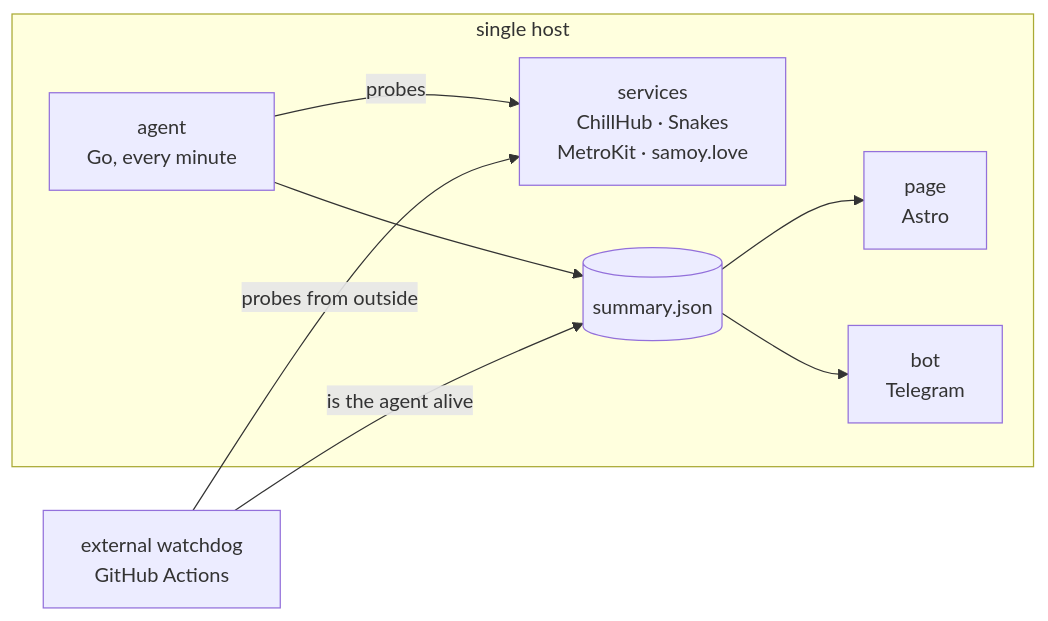
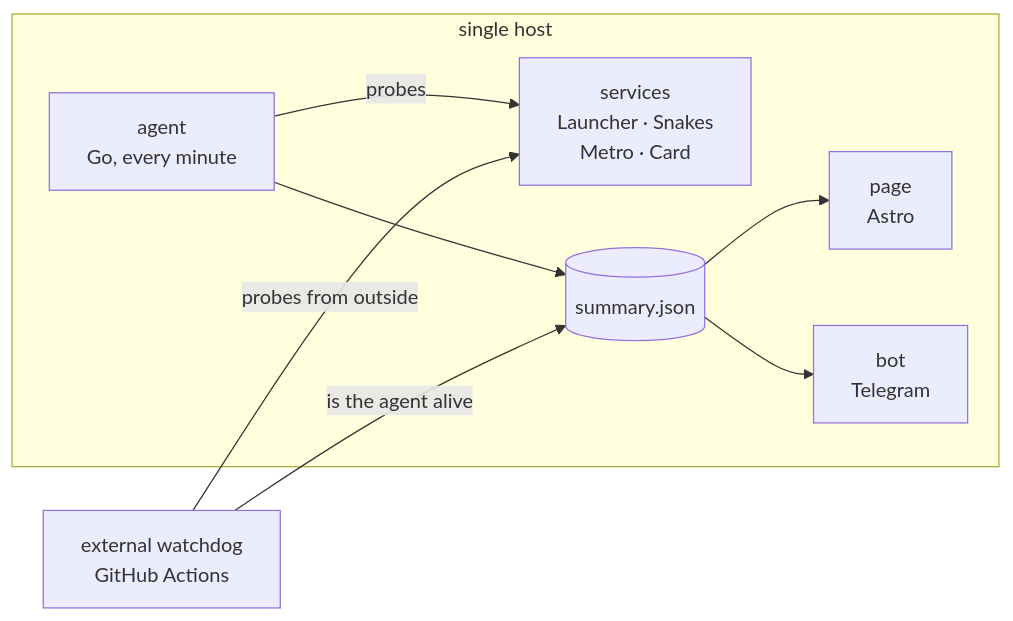
Before and after one commit to tr0llex/Samoy.love-Status: the diagram in README.en.md, drawn with Mermaid. The commit also changed other lines of this file and 16 other files, not shown here.

````diff
--- a/README.en.md
+++ b/README.en.md
@@ -36,17 +36,17 @@
 ```mermaid
 flowchart LR
     subgraph host["single host"]
-        svc["services<br/>ChillHub · Snakes<br/>MetroKit · samoy.love"]
+        svc["services<br/>Launcher · Snakes<br/>Metro · Card"]
         agent["agent<br/>Go, every minute"]
         json[("summary.json")]
         page["page<br/>Astro"]
         bot["bot<br/>Telegram"]
         agent -->|probes| svc
         agent --> json
         json --> page
         json --> bot
     end
     watch["external watchdog<br/>GitHub Actions"]
     watch -->|probes from outside| svc
     watch -->|is the agent alive| json
 ```
````
